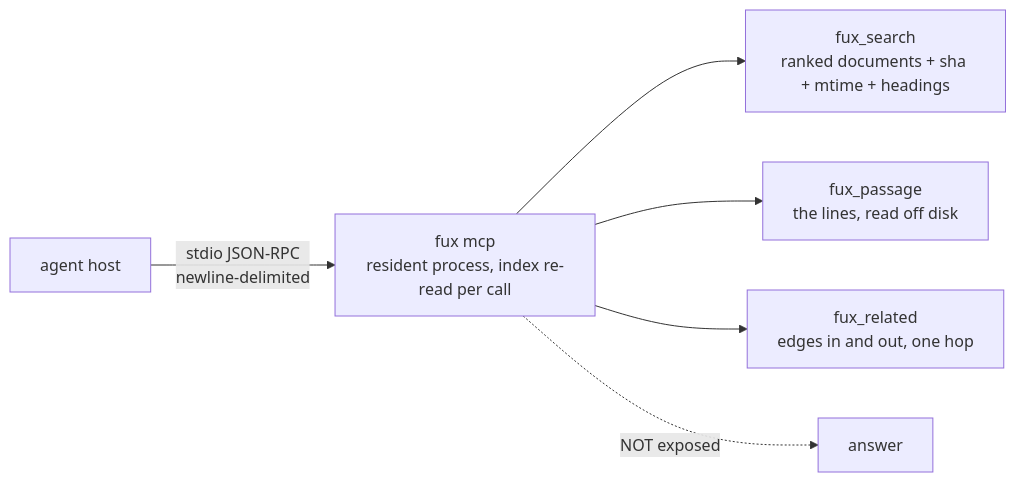
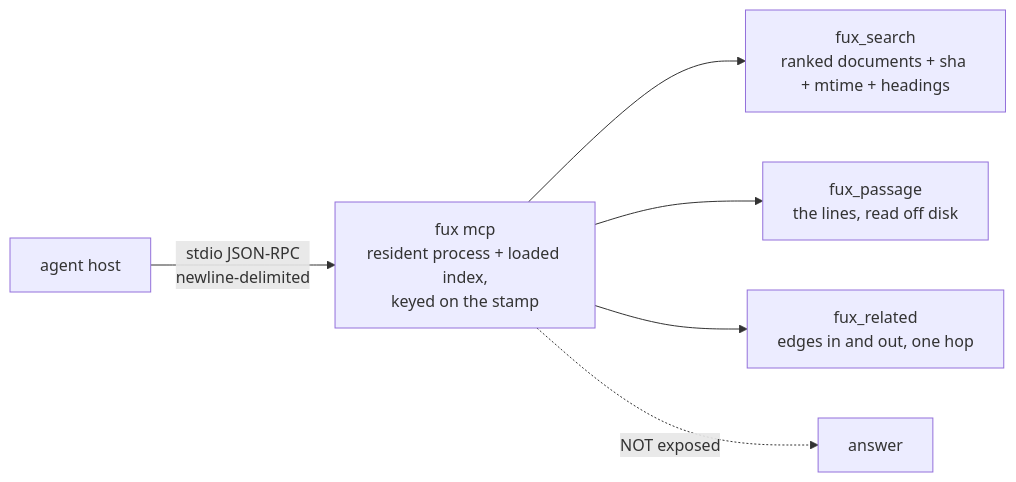
One commit to arpitarya/fux changed the diagram in records/0136_mcp.md. Above: the diagram before and after it, drawn with Mermaid. The commit also changed other lines of this file and 45 other files, not shown here.

First line of the commit message:
W-249 closed: fux mcp and fux serve keep the loaded index resident, keyed on the stamp and the shards

````diff
--- a/records/0136_mcp.md
+++ b/records/0136_mcp.md
@@ -39,8 +41,8 @@
 ```mermaid
 flowchart LR
-    H["agent host"] -->|"stdio JSON-RPC<br/>newline-delimited"| S["fux mcp<br/>resident process, index re-read per call"]
+    H["agent host"] -->|"stdio JSON-RPC<br/>newline-delimited"| S["fux mcp<br/>resident process + loaded index,<br/>keyed on the stamp"]
     S --> T1["fux_search<br/>ranked documents + sha + mtime + headings"]
     S --> T2["fux_passage<br/>the lines, read off disk"]
     S --> T3["fux_related<br/>edges in and out, one hop"]
     S -.->|"NOT exposed"| X["answer"]
 ```
````
